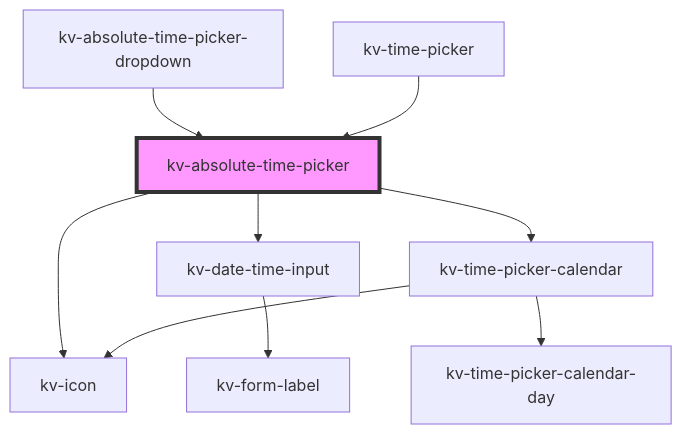
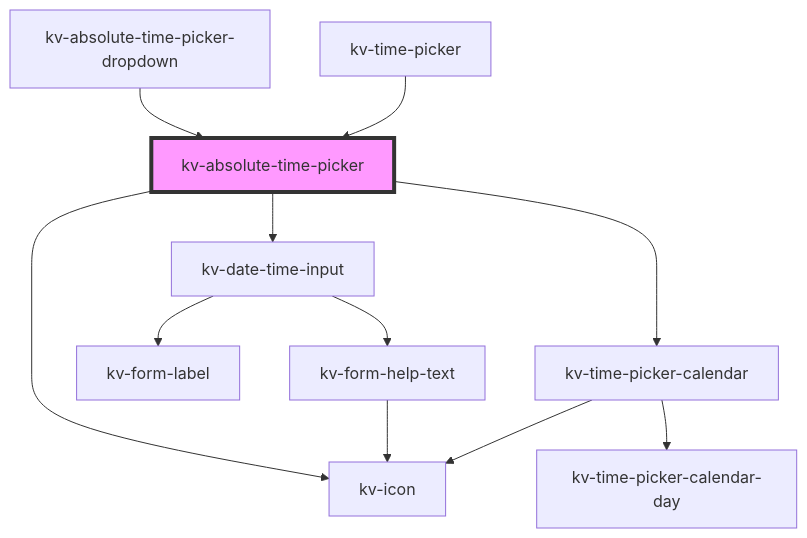
The diagram in packages/ui-components/src/components/absolute-time-picker/readme.md (kelvininc/ui-components), drawn with Mermaid before and after one commit. The commit also changed other lines of this file and 19 other files, not shown here.

Commit message:
feat(absolute-time-picker): remove date input limits inplace validation

````diff
--- a/packages/ui-components/src/components/absolute-time-picker/readme.md
+++ b/packages/ui-components/src/components/absolute-time-picker/readme.md
@@ -98,12 +99,14 @@
 ```mermaid
 graph TD;
   kv-absolute-time-picker --> kv-icon
   kv-absolute-time-picker --> kv-date-time-input
   kv-absolute-time-picker --> kv-time-picker-calendar
   kv-date-time-input --> kv-form-label
+  kv-date-time-input --> kv-form-help-text
+  kv-form-help-text --> kv-icon
   kv-time-picker-calendar --> kv-icon
   kv-time-picker-calendar --> kv-time-picker-calendar-day
   kv-absolute-time-picker-dropdown --> kv-absolute-time-picker
   kv-time-picker --> kv-absolute-time-picker
   style kv-absolute-time-picker fill:#f9f,stroke:#333,stroke-width:4px
 ```
````
